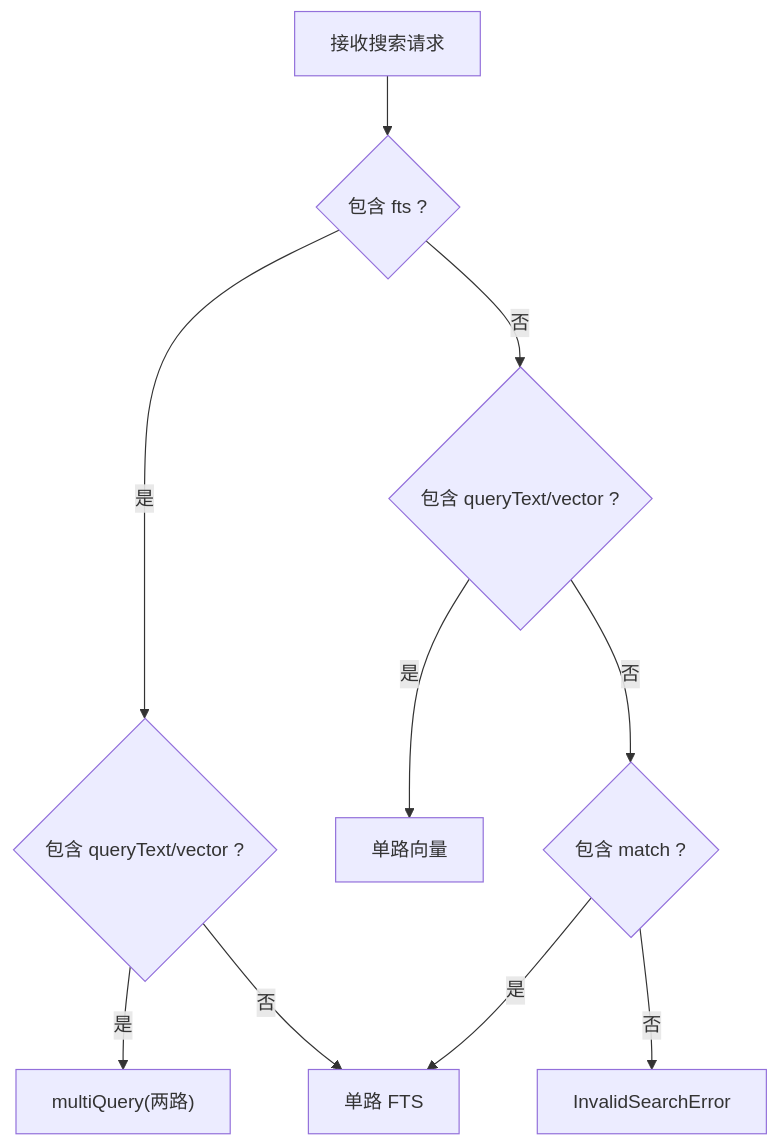
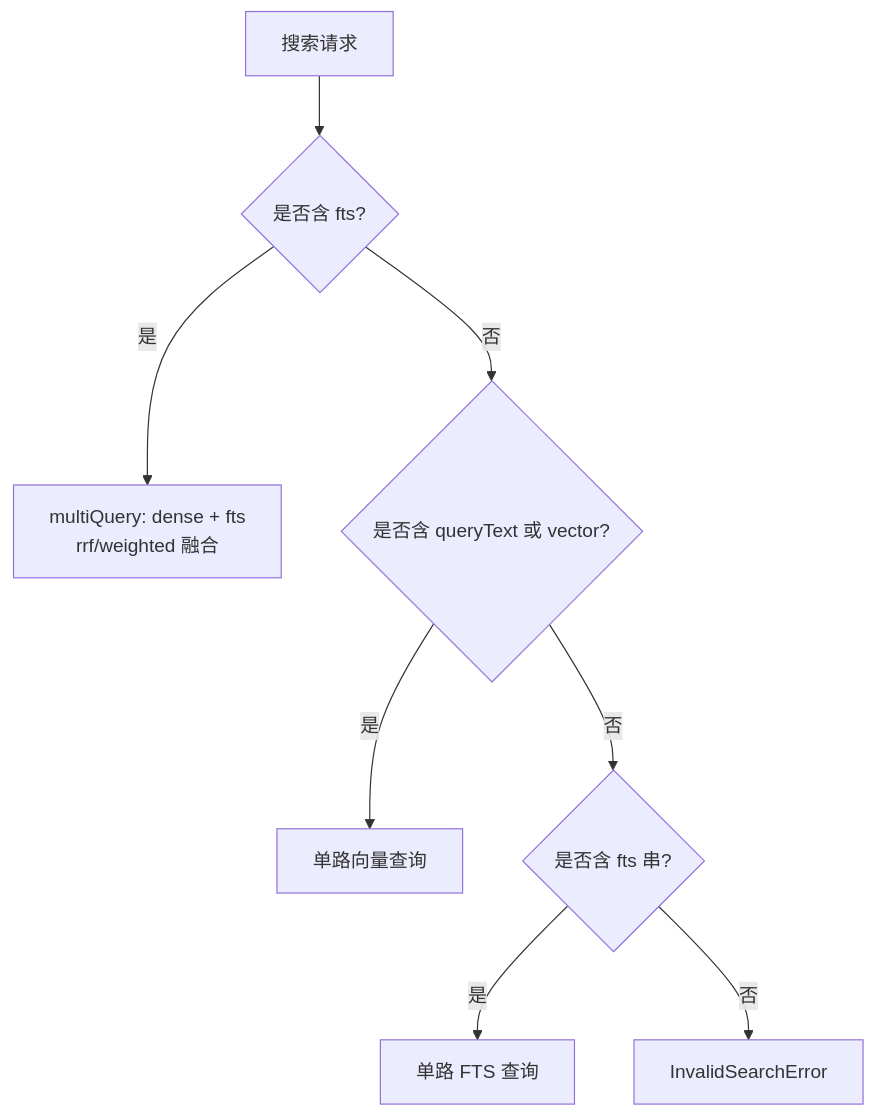
Before and after one commit to HACK-WU/kisearch: the sixth of 8 diagrams in .qoder/repowiki/zh/content/向量引擎架构/向量引擎架构.md, drawn with Mermaid. The commit also changed other lines of this file and 623 other files, not shown here.

````diff
--- a/.qoder/repowiki/zh/content/向量引擎架构/向量引擎架构.md
+++ b/.qoder/repowiki/zh/content/向量引擎架构/向量引擎架构.md
@@ -279,12 +245,10 @@
 ```mermaid
 flowchart TD
-A["接收搜索请求"] --> B{"包含 fts ?"}
-B --> |是| C{"包含 queryText/vector ?"}
-C --> |是| D["multiQuery(两路)"]
-C --> |否| E["单路 FTS"]
-B --> |否| F{"包含 queryText/vector ?"}
-F --> |是| G["单路向量"]
-F --> |否| H{"包含 match ?"}
-H --> |是| E
-H --> |否| I["InvalidSearchError"]
+Req["搜索请求"] --> Check{"是否含 fts?"}
+Check --> |是| Hybrid["multiQuery: dense + fts<br/>rrf/weighted 融合"]
+Check --> |否| HasQV{"是否含 queryText 或 vector?"}
+HasQV --> |是| Vector["单路向量查询"]
+HasQV --> |否| HasFts{"是否含 fts 串?"}
+HasFts --> |是| Fts["单路 FTS 查询"]
+HasFts --> |否| Error["InvalidSearchError"]
 ```
````
